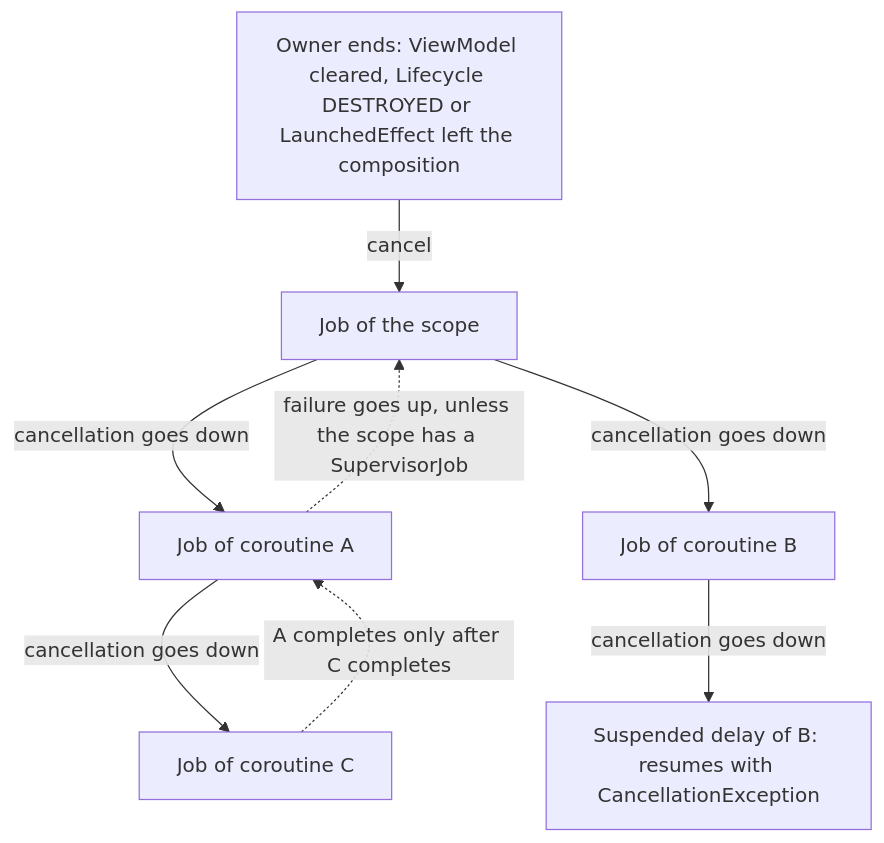
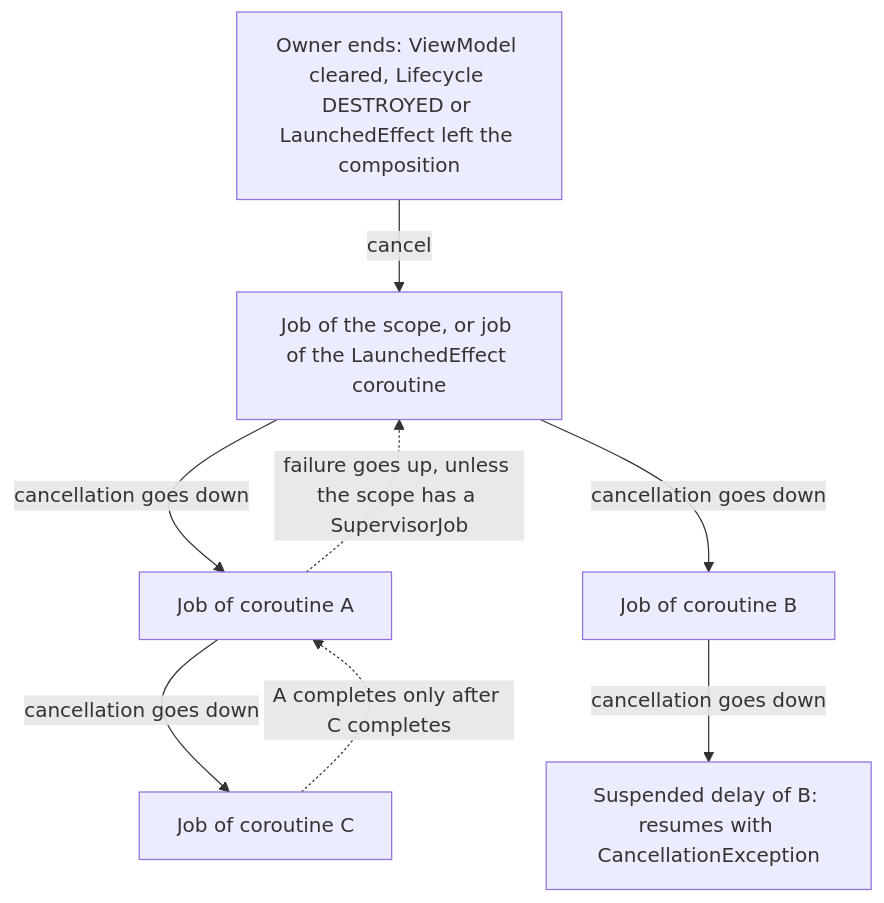
Before and after one commit to imGurpreetSK/android-from-first-principles: the diagram in site/src/content/docs/concurrency/structured-concurrency.mdx, drawn with Mermaid.

Commit message:
Say in the diagram of Mental model of the structured-concurrency chapter that the end of the owner cancels the Job of the scope, or the job of the LaunchedEffect coroutine, because onForgotten of LaunchedEffectImpl cancels only the job that onRemembered launched, not the Job of its scope, as Effects.kt lines 508–517 show

````diff
--- a/site/src/content/docs/concurrency/structured-concurrency.mdx
+++ b/site/src/content/docs/concurrency/structured-concurrency.mdx
@@ -249,10 +249,10 @@
 ```mermaid
 flowchart TD
-  owner["Owner ends: ViewModel cleared, Lifecycle DESTROYED or LaunchedEffect left the composition"] -->|"cancel"| scope["Job of the scope"]
+  owner["Owner ends: ViewModel cleared, Lifecycle DESTROYED or LaunchedEffect left the composition"] -->|"cancel"| scope["Job of the scope, or job of the LaunchedEffect coroutine"]
   scope -->|"cancellation goes down"| a["Job of coroutine A"]
   scope -->|"cancellation goes down"| b["Job of coroutine B"]
   a -->|"cancellation goes down"| c["Job of coroutine C"]
   b -->|"cancellation goes down"| delay["Suspended delay of B: resumes with CancellationException"]
   a -.->|"failure goes up, unless the scope has a SupervisorJob"| scope
   c -.->|"A completes only after C completes"| a
 ```
````
